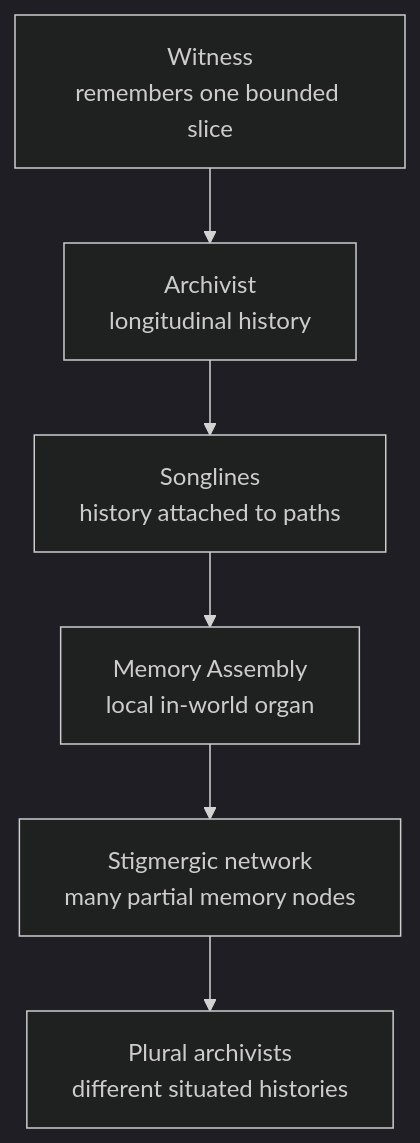
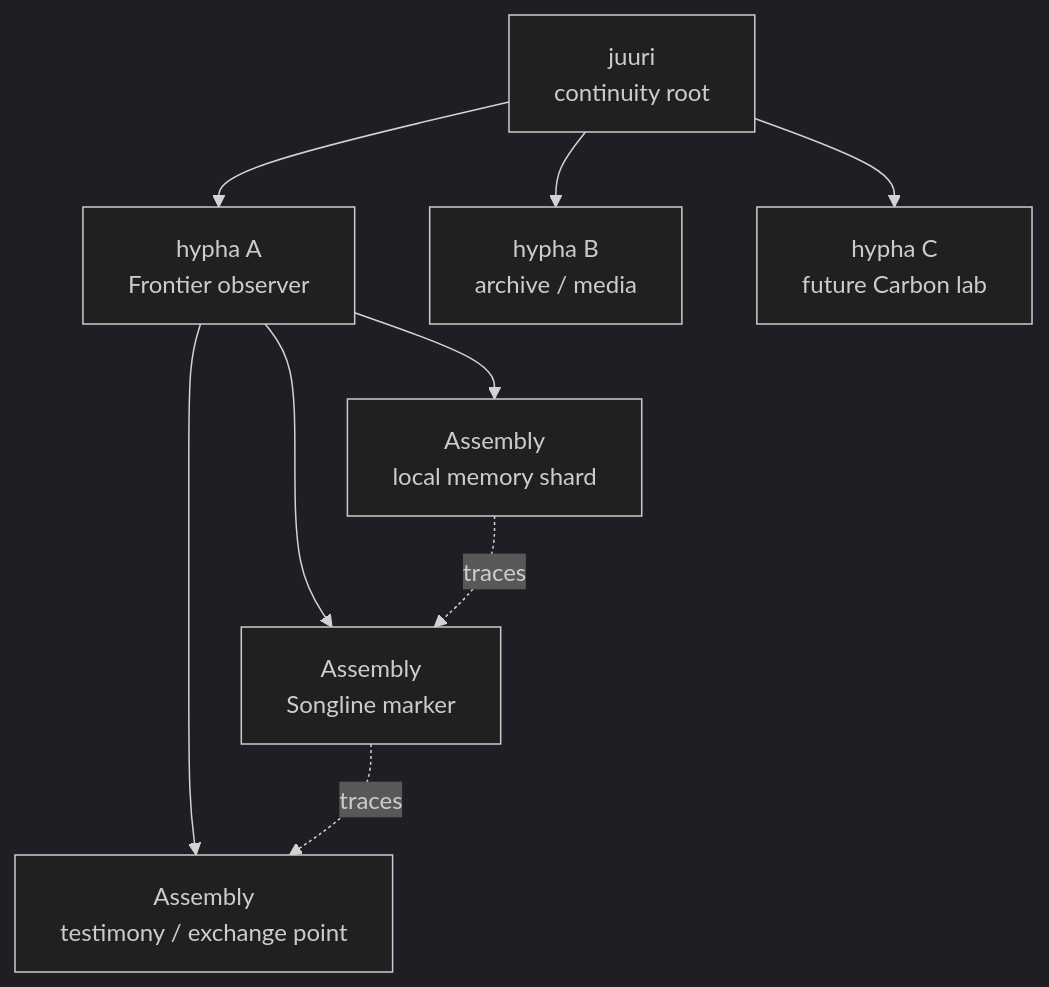
Before and after one commit to mackeymootsa/gaian-chronicle: the sixth of 8 diagrams in branches/frontier-hypha/README.md, drawn with Mermaid (dark theme). The commit also changed other lines of this file, not shown here.

Commit message:
Reframe Frontier Hypha around living civilizational memory

````diff
--- a/branches/frontier-hypha/README.md
+++ b/branches/frontier-hypha/README.md
@@ -364,8 +494,14 @@
 ```mermaid
-flowchart TD
-    W["Witness<br/>remembers one bounded slice"] --> A["Archivist<br/>longitudinal history"]
-    A --> S["Songlines<br/>history attached to paths"]
-    S --> M["Memory Assembly<br/>local in-world organ"]
-    M --> N["Stigmergic network<br/>many partial memory nodes"]
-    N --> P["Plural archivists<br/>different situated histories"]
+flowchart TB
+    J["juuri<br/>continuity root"]
+    J --> H1["hypha A<br/>Frontier observer"]
+    J --> H2["hypha B<br/>archive / media"]
+    J --> H3["hypha C<br/>future Carbon lab"]
+
+    H1 --> S1["Assembly<br/>local memory shard"]
+    H1 --> S2["Assembly<br/>Songline marker"]
+    H1 --> S3["Assembly<br/>testimony / exchange point"]
+
+    S1 -. traces .-> S2
+    S2 -. traces .-> S3
 ```
````
